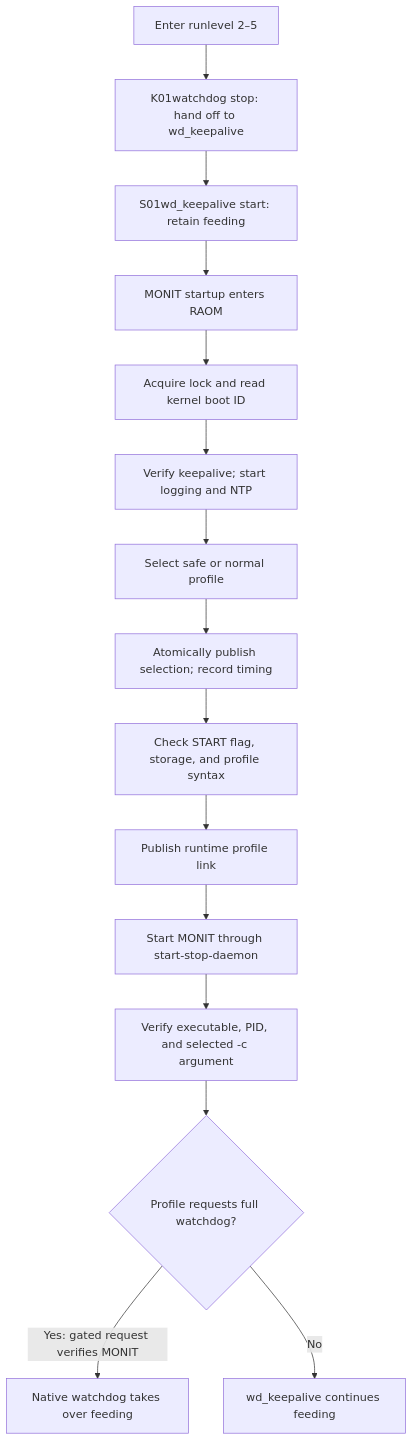
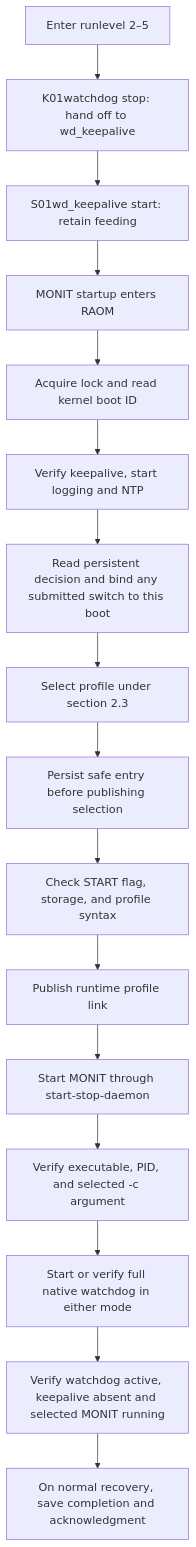
Before and after one commit to fudyas/scr-3: the second of 3 diagrams in src/tools/raom/README.md, drawn with Mermaid. The commit also changed other lines of this file and 4 other files, not shown here.

First line of the commit message:
Documented persistent RAOM modes and reboot recovery

````diff
--- a/src/tools/raom/README.md
+++ b/src/tools/raom/README.md
@@ -48,17 +48,18 @@
 ```mermaid
 flowchart TD
     Boot["Enter runlevel 2–5"] --> Stop["K01watchdog stop: hand off to wd_keepalive"]
     Stop --> Keepalive["S01wd_keepalive start: retain feeding"]
     Keepalive --> Entry["MONIT startup enters RAOM"]
     Entry --> Lock["Acquire lock and read kernel boot ID"]
-    Lock --> Bootstrap["Verify keepalive; start logging and NTP"]
-    Bootstrap --> Decide["Select safe or normal profile"]
-    Decide --> Save["Atomically publish selection; record timing"]
+    Lock --> Bootstrap["Verify keepalive, start logging and NTP"]
+    Bootstrap --> Bind["Read persistent decision and bind any submitted switch to this boot"]
+    Bind --> Decide["Select profile under section 2.3"]
+    Decide --> Save["Persist safe entry before publishing selection"]
     Save --> Validate["Check START flag, storage, and profile syntax"]
     Validate --> Pointer["Publish runtime profile link"]
     Pointer --> Start["Start MONIT through start-stop-daemon"]
     Start --> Verify["Verify executable, PID, and selected -c argument"]
-    Verify --> Request{"Profile requests full watchdog?"}
-    Request -->|"Yes: gated request verifies MONIT"| Watchdog["Native watchdog takes over feeding"]
-    Request -->|"No"| Retain["wd_keepalive continues feeding"]
+    Verify --> Watchdog["Start or verify full native watchdog in either mode"]
+    Watchdog --> Exclusive["Verify watchdog active, keepalive absent and selected MONIT running"]
+    Exclusive --> Complete["On normal recovery, save completion and acknowledgment"]
 ```
````
